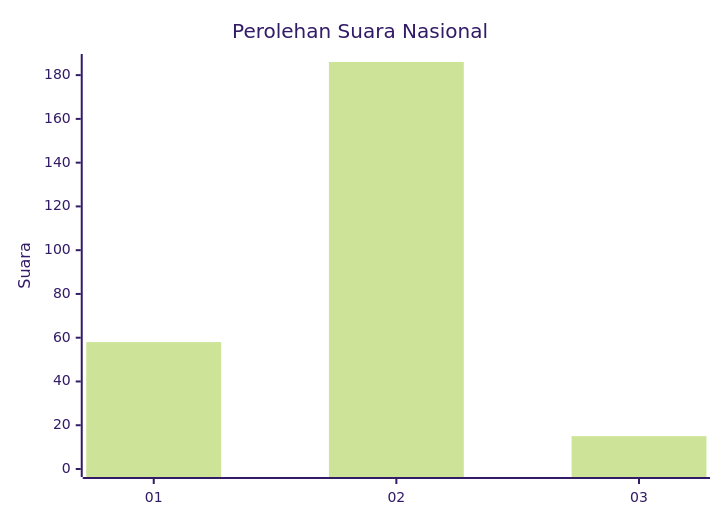
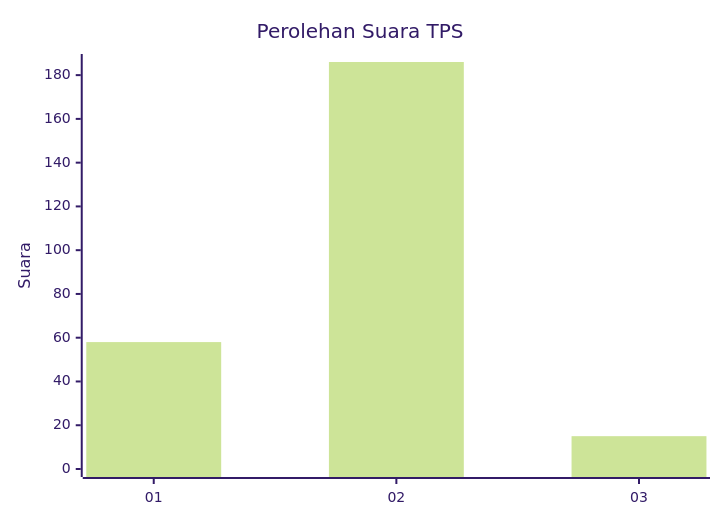
The first of 2 diagrams in pilpres/hitung-suara/sub/64-kalimantan-timur/sub/71-kota-balikpapan/sub/03-balikpapan-utara/sub/1003-karang-joang/sub/027-tps/README.md (gigit-pemilu/pemilu-2024-64-kalimantan-timur), drawn with Mermaid (forest theme) before and after one commit. The commit also changed other lines of this file and 7038 other files, not shown here.

````diff
--- a/pilpres/hitung-suara/sub/64-kalimantan-timur/sub/71-kota-balikpapan/sub/03-balikpapan-utara/sub/1003-karang-joang/sub/027-tps/README.md
+++ b/pilpres/hitung-suara/sub/64-kalimantan-timur/sub/71-kota-balikpapan/sub/03-balikpapan-utara/sub/1003-karang-joang/sub/027-tps/README.md
@@ -5,7 +5,7 @@
 ```mermaid
 xychart-beta
-    title "Perolehan Suara Nasional"
+    title "Perolehan Suara TPS"
     x-axis [01, 02, 03]
     y-axis "Suara" 0 --> 186
     bar [58, 186, 15]
 ```
````
